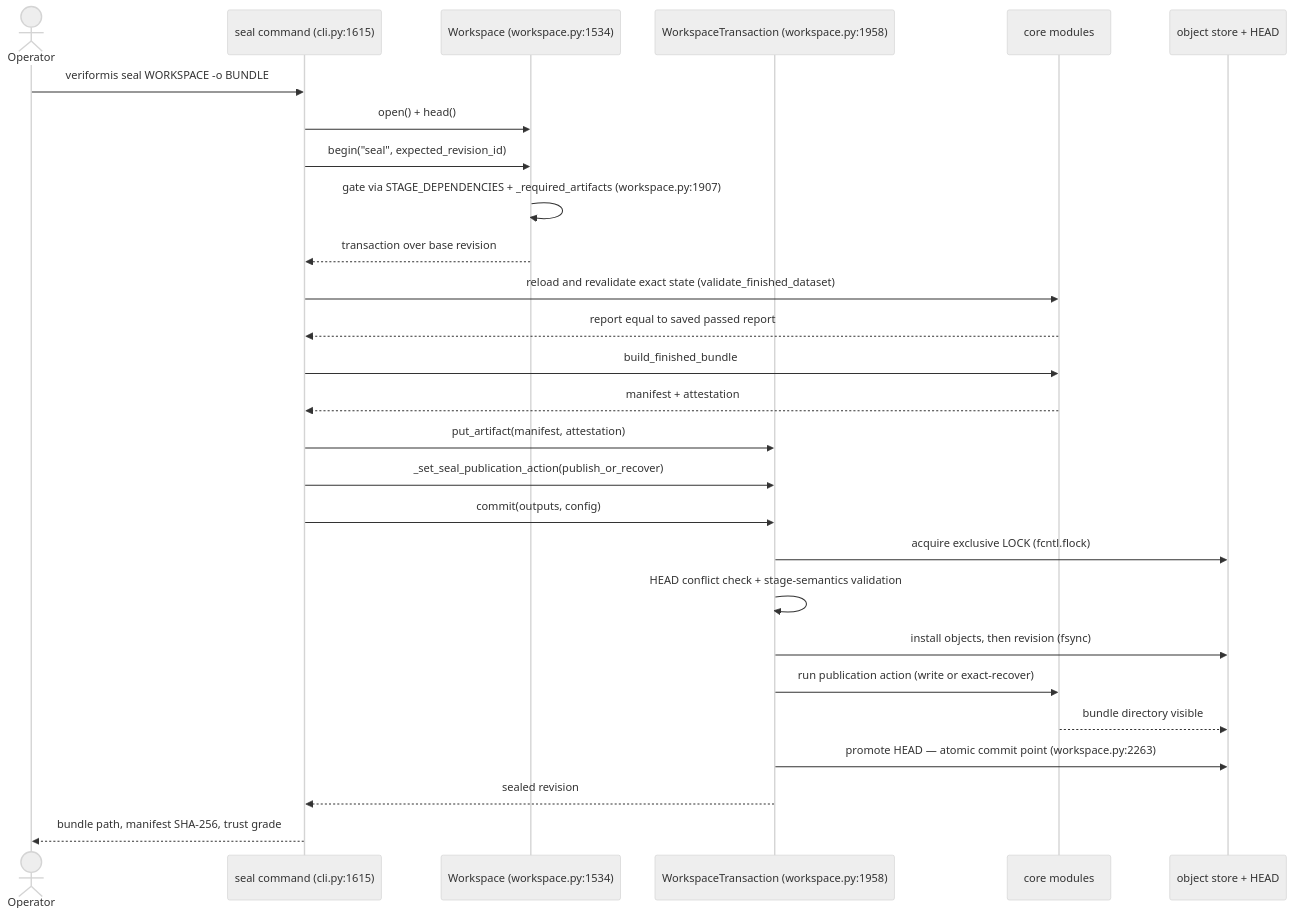
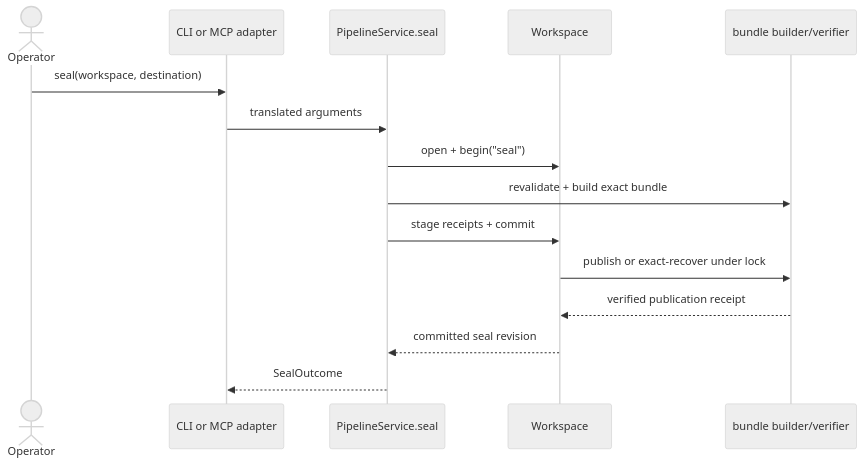
The second of 2 diagrams in docs/architecture/entry-points.md (ogprotege/Veriformis), drawn with Mermaid (neutral theme) before and after one commit. The commit also changed other lines of this file and 83 other files, not shown here.

````diff
--- a/docs/architecture/entry-points.md
+++ b/docs/architecture/entry-points.md
@@ -128,30 +72,17 @@
 ```mermaid
 sequenceDiagram
-    actor Op as Operator
-    participant CLI as seal command (cli.py:1615)
-    participant WS as Workspace (workspace.py:1534)
-    participant TX as WorkspaceTransaction (workspace.py:1958)
-    participant Core as core modules
-    participant FS as object store + HEAD
-
-    Op->>CLI: veriformis seal WORKSPACE -o BUNDLE
-    CLI->>WS: open() + head()
-    CLI->>WS: begin("seal", expected_revision_id)
-    WS->>WS: gate via STAGE_DEPENDENCIES + _required_artifacts (workspace.py:1907)
-    WS-->>CLI: transaction over base revision
-    CLI->>Core: reload and revalidate exact state (validate_finished_dataset)
-    Core-->>CLI: report equal to saved passed report
-    CLI->>Core: build_finished_bundle
-    Core-->>CLI: manifest + attestation
-    CLI->>TX: put_artifact(manifest, attestation)
-    CLI->>TX: _set_seal_publication_action(publish_or_recover)
-    CLI->>TX: commit(outputs, config)
-    TX->>FS: acquire exclusive LOCK (fcntl.flock)
-    TX->>TX: HEAD conflict check + stage-semantics validation
-    TX->>FS: install objects, then revision (fsync)
-    TX->>Core: run publication action (write or exact-recover)
-    Core-->>FS: bundle directory visible
-    TX->>FS: promote HEAD — atomic commit point (workspace.py:2263)
-    TX-->>CLI: sealed revision
-    CLI-->>Op: bundle path, manifest SHA-256, trust grade
+    actor Operator
+    participant Adapter as CLI or MCP adapter
+    participant Service as PipelineService.seal
+    participant Workspace
+    participant Bundle as bundle builder/verifier
+    Operator->>Adapter: seal(workspace, destination)
+    Adapter->>Service: translated arguments
+    Service->>Workspace: open + begin("seal")
+    Service->>Bundle: revalidate + build exact bundle
+    Service->>Workspace: stage receipts + commit
+    Workspace->>Bundle: publish or exact-recover under lock
+    Bundle-->>Workspace: verified publication receipt
+    Workspace-->>Service: committed seal revision
+    Service-->>Adapter: SealOutcome
 ```
````
